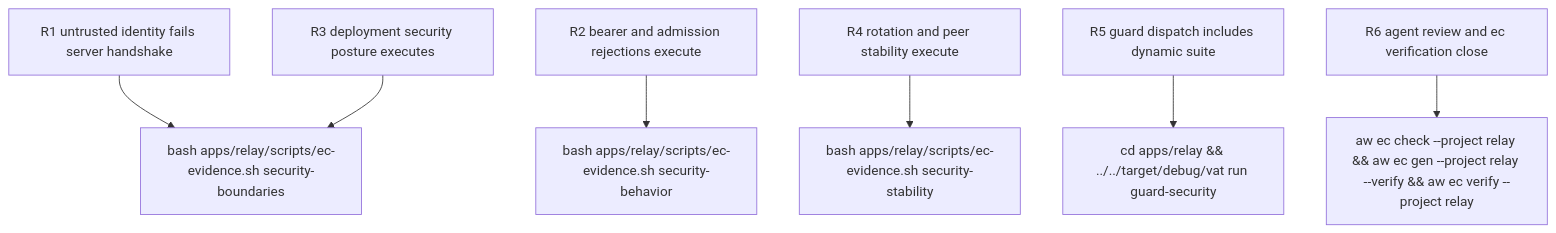
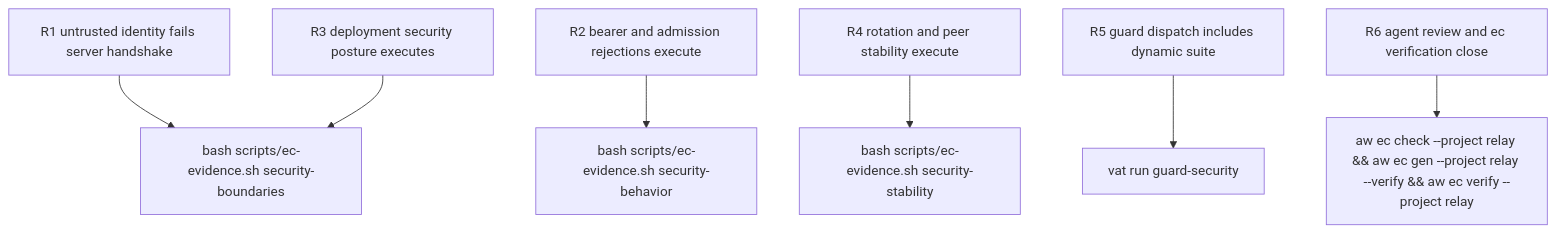
The second of 2 diagrams in tech-design/logic/replace-static-only-security-ec-with-negative-evidence.md (faberline/relay), drawn with Mermaid before and after one commit. The commit also changed other lines of this file and 91 other files, not shown here.

````diff
--- a/tech-design/logic/replace-static-only-security-ec-with-negative-evidence.md
+++ b/tech-design/logic/replace-static-only-security-ec-with-negative-evidence.md
@@ -133,49 +133,49 @@
 ```mermaid
 ---
 id: relay-security-tool-contract-verification
 requirements:
   agent_review_and_ec_verification_close:
     id: R6
     text: "AW structurally checks the revised SecurityTool dimensions, independent agent review accepts the digest, generated cases match sources, and every EC command verifies."
     kind: integration
     risk: high
     verify: aw ec check --project relay && aw ec gen --project relay --verify && aw ec verify --project relay
   bearer_and_admission_rejections_execute:
     id: R2
     text: "Missing and invalid tokens return 401, insufficient subject grants and streaming scope return 403, exhausted write admission returns 429 with Retry-After, and probes remain available."
     kind: negative
     risk: high
-    verify: bash apps/relay/scripts/ec-evidence.sh security-behavior
+    verify: bash scripts/ec-evidence.sh security-behavior
   deployment_security_posture_executes:
     id: R3
     text: "The direct and production Kubernetes assets prove restricted containers, persistent state, read-only projected credentials, opt-in NetworkPolicy, and no unsafe voter HPA."
     kind: security
     risk: high
-    verify: bash apps/relay/scripts/ec-evidence.sh security-boundaries
+    verify: bash scripts/ec-evidence.sh security-boundaries
   guard_dispatch_includes_dynamic_suite:
     id: R5
     text: "Vat guard scans Relay, the evidence driver requires named tests and non-zero auth, admission, peer-mTLS, K8s, and reload suites, and Meter records the same dynamic surfaces."
     kind: integration
     risk: high
-    verify: cd apps/relay && ../../target/debug/vat run guard-security
+    verify: vat run guard-security
   rotation_and_peer_stability_execute:
     id: R4
     text: "Shared invalid registry reload retains the last-known-good snapshot, Relay valid rotation is live without restart, and trusted peer replication remains usable alongside the rejection path."
     kind: stability
     risk: high
-    verify: bash apps/relay/scripts/ec-evidence.sh security-stability
+    verify: bash scripts/ec-evidence.sh security-stability
   untrusted_identity_fails_server_handshake:
     id: R1
     text: "The peer server rejects an attacker-CA client identity even when the client trusts the legitimate server, and the test observes a server-side TLS handshake error before routing."
     kind: negative
     risk: high
-    verify: bash apps/relay/scripts/ec-evidence.sh security-boundaries
+    verify: bash scripts/ec-evidence.sh security-boundaries
 ---
 flowchart TD
-    r1[R1 untrusted identity fails server handshake] --> bash_apps_relay_scripts_ec_evidence_sh_security_boundaries[bash apps/relay/scripts/ec-evidence.sh security-boundaries]
-    r2[R2 bearer and admission rejections execute] --> bash_apps_relay_scripts_ec_evidence_sh_security_behavior[bash apps/relay/scripts/ec-evidence.sh security-behavior]
-    r3[R3 deployment security posture executes] --> bash_apps_relay_scripts_ec_evidence_sh_security_boundaries[bash apps/relay/scripts/ec-evidence.sh security-boundaries]
-    r4[R4 rotation and peer stability execute] --> bash_apps_relay_scripts_ec_evidence_sh_security_stability[bash apps/relay/scripts/ec-evidence.sh security-stability]
-    r5[R5 guard dispatch includes dynamic suite] --> cd_apps_relay_target_debug_vat_run_guard_security[cd apps/relay && ../../target/debug/vat run guard-security]
+    r1[R1 untrusted identity fails server handshake] --> bash_apps_relay_scripts_ec_evidence_sh_security_boundaries[bash scripts/ec-evidence.sh security-boundaries]
+    r2[R2 bearer and admission rejections execute] --> bash_apps_relay_scripts_ec_evidence_sh_security_behavior[bash scripts/ec-evidence.sh security-behavior]
+    r3[R3 deployment security posture executes] --> bash_apps_relay_scripts_ec_evidence_sh_security_boundaries[bash scripts/ec-evidence.sh security-boundaries]
+    r4[R4 rotation and peer stability execute] --> bash_apps_relay_scripts_ec_evidence_sh_security_stability[bash scripts/ec-evidence.sh security-stability]
+    r5[R5 guard dispatch includes dynamic suite] --> cd_apps_relay_target_debug_vat_run_guard_security[vat run guard-security]
     r6[R6 agent review and ec verification close] --> aw_ec_check_project_relay_aw_ec_gen_project_relay_verify_aw_ec_verify_project_relay[aw ec check --project relay && aw ec gen --project relay --verify && aw ec verify --project relay]
 ```
````
